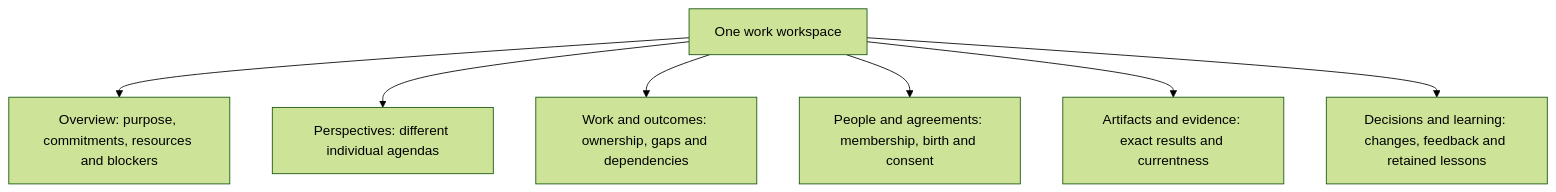
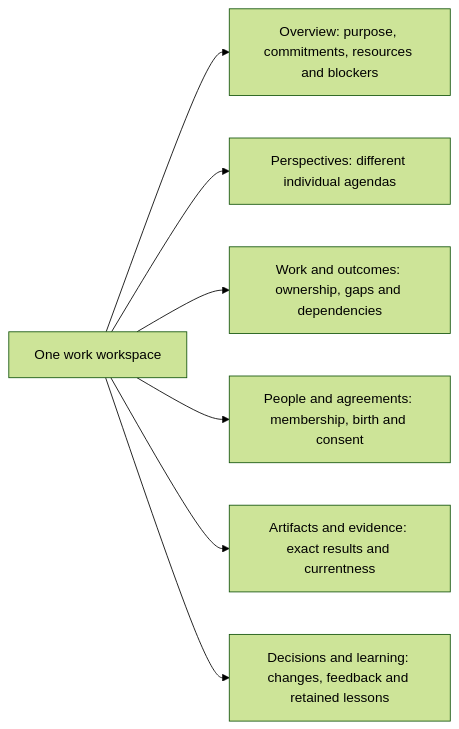
The diagram in technical/UI.md (ai-personas/ai-personas-design), drawn with Mermaid (forest theme) before and after one commit.

Commit message:
Make the workspace diagram readable at narrower widths

````diff
--- a/technical/UI.md
+++ b/technical/UI.md
@@ -7,9 +7,9 @@
 ```mermaid
-flowchart TB
+flowchart LR
     W["One work workspace"] --> O["Overview: purpose, commitments, resources and blockers"]
     W --> P["Perspectives: different individual agendas"]
     W --> C["Work and outcomes: ownership, gaps and dependencies"]
     W --> G["People and agreements: membership, birth and consent"]
     W --> E["Artifacts and evidence: exact results and currentness"]
     W --> L["Decisions and learning: changes, feedback and retained lessons"]
 ```
````
